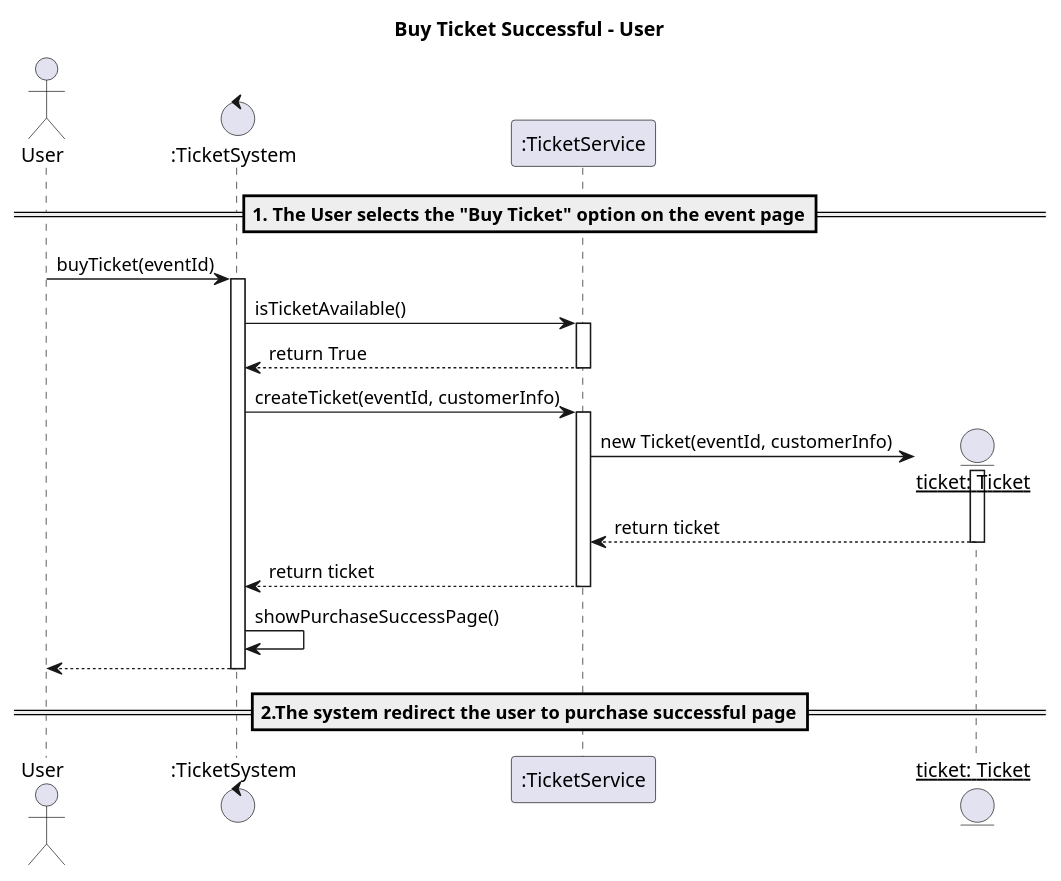
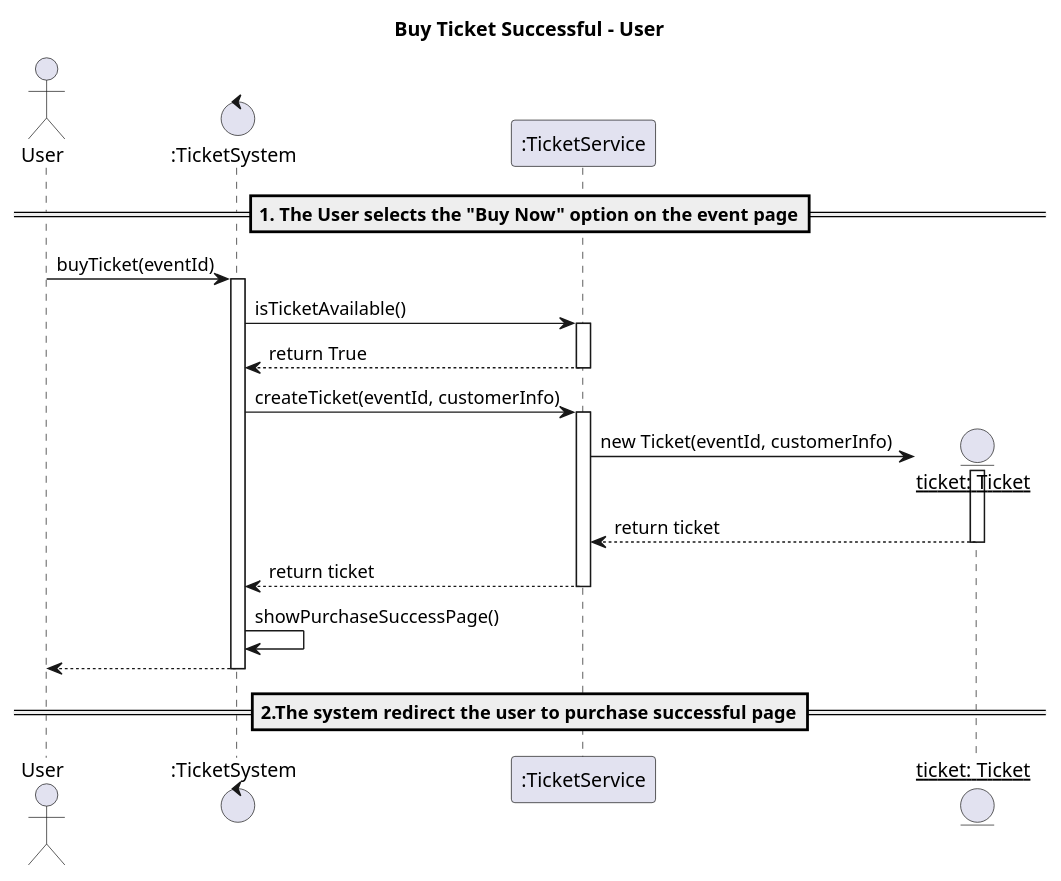
The diagram in 02-analysis/usecases/text/16-create-ticket-success.puml (mrle0429/Event-Management-System), drawn with PlantUML before and after one commit. The commit also changed 7 other files, not shown here.

```diff
--- a/02-analysis/usecases/text/16-create-ticket-success.puml
+++ b/02-analysis/usecases/text/16-create-ticket-success.puml
@@ -1,29 +1,29 @@
 @startuml
 title Buy Ticket Successful - User
 
 actor User
 control ":TicketSystem" as ES
 participant ":TicketService" as TS
 entity "__ticket: Ticket__" as ticket
 
-== 1. The User selects the "Buy Ticket" option on the event page==
+== 1. The User selects the "Buy Now" option on the event page==
 User -> ES : buyTicket(eventId)
 activate ES
 ES -> TS : isTicketAvailable()
 activate TS
 TS --> ES : return True
 deactivate TS
 ES -> TS : createTicket(eventId, customerInfo)
 activate TS
 create ticket
 TS -> ticket : new Ticket(eventId, customerInfo)
 activate ticket
 ticket --> TS : return ticket
 deactivate ticket
 TS --> ES : return ticket
 deactivate TS
 ES -> ES : showPurchaseSuccessPage()
 ES --> User :
 deactivate ES
 ==2.The system redirect the user to purchase successful page==
 @enduml
```
